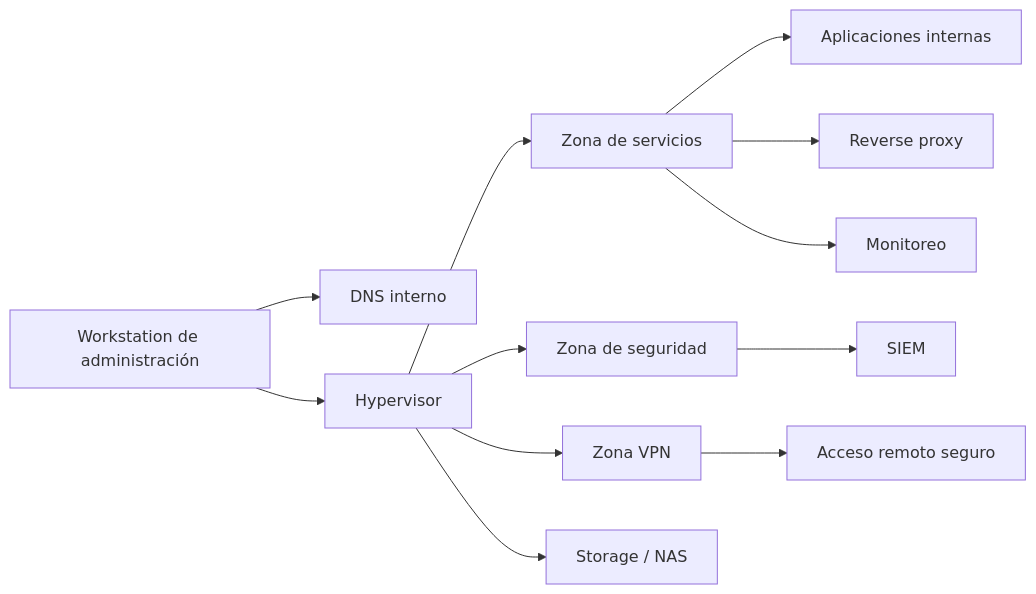
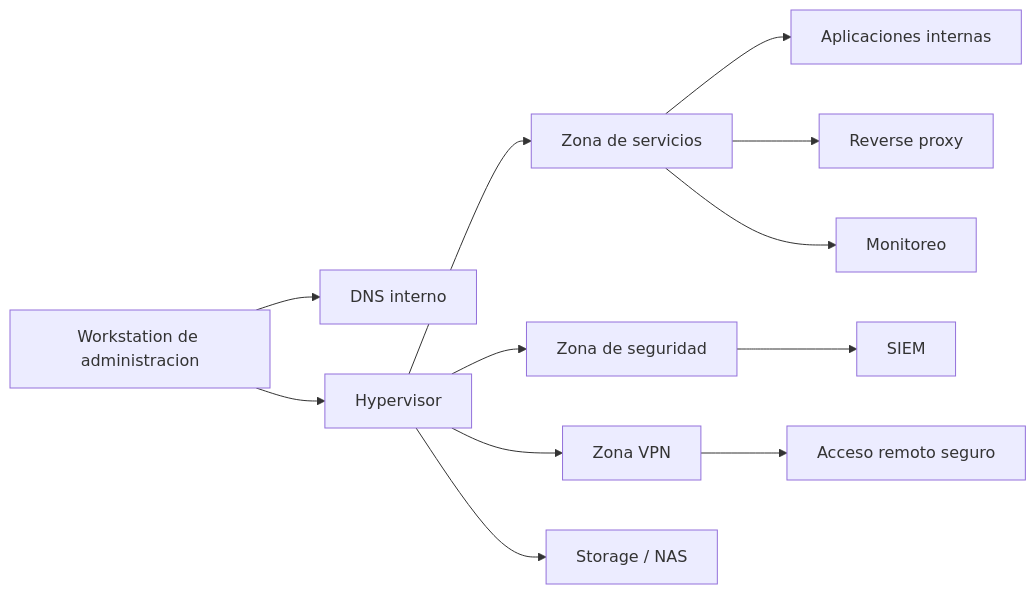
The diagram in docs/es/01-resumen-ejecutivo.md (Nicolasperaltait/homelab), drawn with Mermaid before and after one commit. The commit also changed other lines of this file and 24 other files, not shown here.

Commit message:
docs: publish sanitized homelab architecture record

````diff
--- a/docs/es/01-resumen-ejecutivo.md
+++ b/docs/es/01-resumen-ejecutivo.md
@@ -71,16 +74,16 @@
 ```mermaid
 flowchart LR
-    A[Workstation de administración] --> B[DNS interno]
+    A[Workstation de administracion] --> B[DNS interno]
     A --> C[Hypervisor]
     C --> D[Zona de servicios]
     C --> E[Zona de seguridad]
     C --> F[Zona VPN]
     C --> G[Storage / NAS]
 
     D --> H[Aplicaciones internas]
     D --> I[Reverse proxy]
     D --> J[Monitoreo]
 
     E --> K[SIEM]
     F --> L[Acceso remoto seguro]
 ```
````
